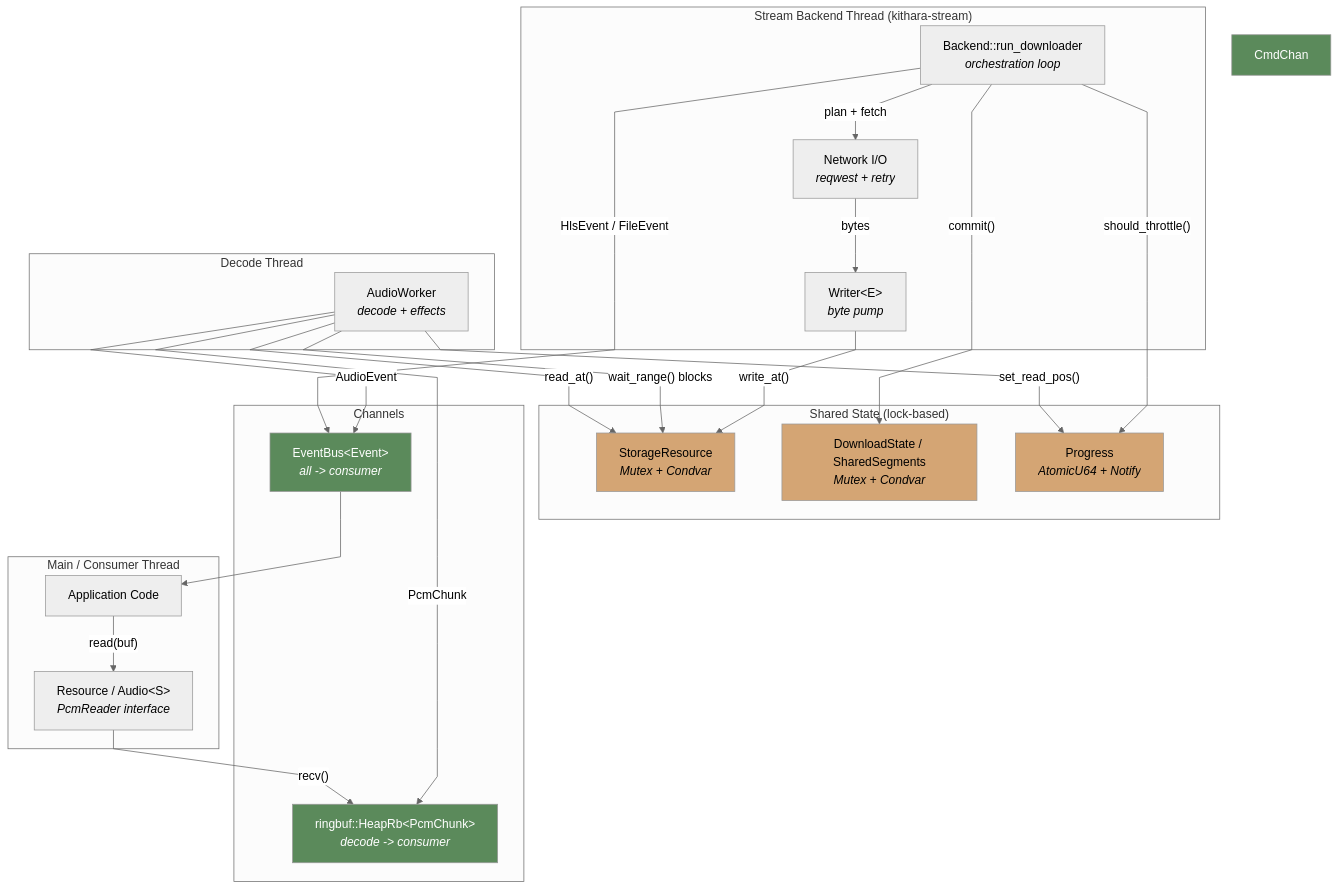
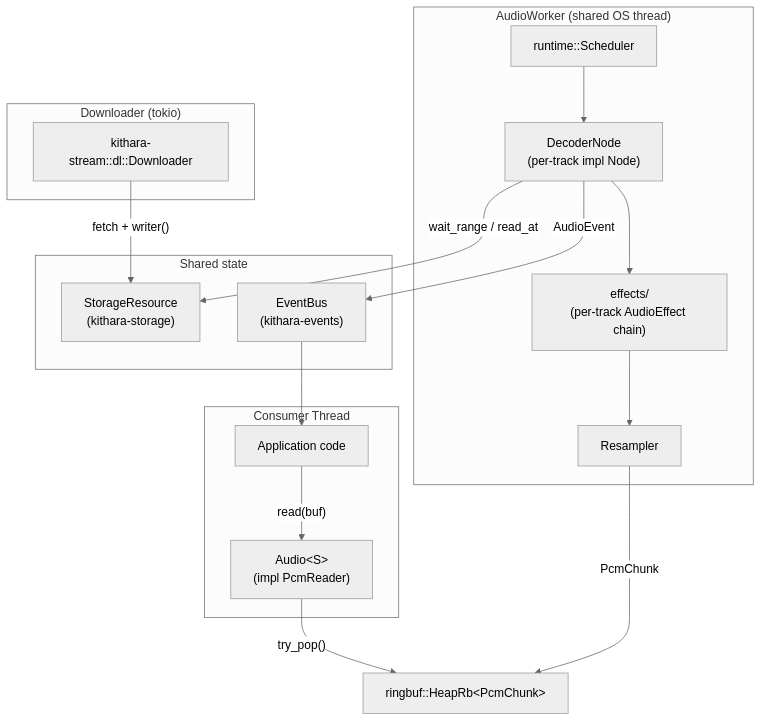
The first of 2 diagrams in crates/kithara-audio/README.md (zvuk/kithara), drawn with Mermaid (neutral theme) before and after one commit. The commit also changed other lines of this file and 805 other files, not shown here.

````diff
--- a/crates/kithara-audio/README.md
+++ b/crates/kithara-audio/README.md
@@ -42,54 +37,32 @@
 ```mermaid
-%%{init: {"flowchart": {"curve": "linear"}} }%%
 flowchart TB
-    subgraph "Main / Consumer Thread"
-        App["Application Code"]
-        Resource["Resource / Audio&lt;S&gt;<br/><i>PcmReader interface</i>"]
-        App -- "read(buf)" --> Resource
+    subgraph "Consumer Thread"
+        App["Application code"]
+        AS["Audio&lt;S&gt;<br/>(impl PcmReader)"]
+        App -- "read(buf)" --> AS
     end
 
-    subgraph "Stream Backend Thread (kithara-stream)"
-        DLLoop["Backend::run_downloader<br/><i>orchestration loop</i>"]
-        NetTask["Network I/O<br/><i>reqwest + retry</i>"]
-        WriterTask["Writer&lt;E&gt;<br/><i>byte pump</i>"]
-        DLLoop -- "plan + fetch" --> NetTask
-        NetTask -- "bytes" --> WriterTask
+    subgraph "AudioWorker (shared OS thread)"
+        Sched["runtime::Scheduler"]
+        DN["DecoderNode<br/>(per-track impl Node)"]
+        Resampler
+        Effects["effects/<br/>(per-track AudioEffect chain)"]
+        Sched --> DN --> Effects --> Resampler
     end
 
-    subgraph "Decode Thread"
-        DecodeWorker["AudioWorker<br/><i>decode + effects</i>"]
+    subgraph "Downloader (tokio)"
+        DL["kithara-stream::dl::Downloader"]
     end
 
-    subgraph "Shared State (lock-based)"
-        StorageRes["StorageResource<br/><i>Mutex + Condvar</i>"]
-        SegIdx["DownloadState / SharedSegments<br/><i>Mutex + Condvar</i>"]
-        Progress["Progress<br/><i>AtomicU64 + Notify</i>"]
+    subgraph "Shared state"
+        SR["StorageResource<br/>(kithara-storage)"]
+        Bus["EventBus<br/>(kithara-events)"]
     end
 
-    subgraph "Channels"
-        PcmChan["ringbuf::HeapRb&lt;PcmChunk&gt;<br/><i>decode -> consumer</i>"]
-        EventChan["EventBus&lt;Event&gt;<br/><i>all -> consumer</i>"]
-    end
-
-    WriterTask -- "write_at()" --> StorageRes
-    DLLoop -- "commit()" --> SegIdx
-
-    DecodeWorker -- "wait_range() blocks" --> StorageRes
-    DecodeWorker -- "read_at()" --> StorageRes
-    DecodeWorker -- "PcmChunk" --> PcmChan
-    Resource -- "recv()" --> PcmChan
-
-    DecodeWorker -- "AudioEvent" --> EventChan
-    DLLoop -- "HlsEvent / FileEvent" --> EventChan
-    EventChan --> App
-
-    DLLoop -- "should_throttle()" --> Progress
-    DecodeWorker -- "set_read_pos()" --> Progress
-
-    style StorageRes fill:#d4a574,color:#000
-    style SegIdx fill:#d4a574,color:#000
-    style Progress fill:#d4a574,color:#000
-    style PcmChan fill:#5b8a5b,color:#fff
-    style CmdChan fill:#5b8a5b,color:#fff
-    style EventChan fill:#5b8a5b,color:#fff
+    DL -- "fetch + writer()" --> SR
+    DN -- "wait_range / read_at" --> SR
+    Resampler -- "PcmChunk" --> Ring["ringbuf::HeapRb&lt;PcmChunk&gt;"]
+    AS -- "try_pop()" --> Ring
+    DN -- "AudioEvent" --> Bus
+    Bus --> App
 ```
````
